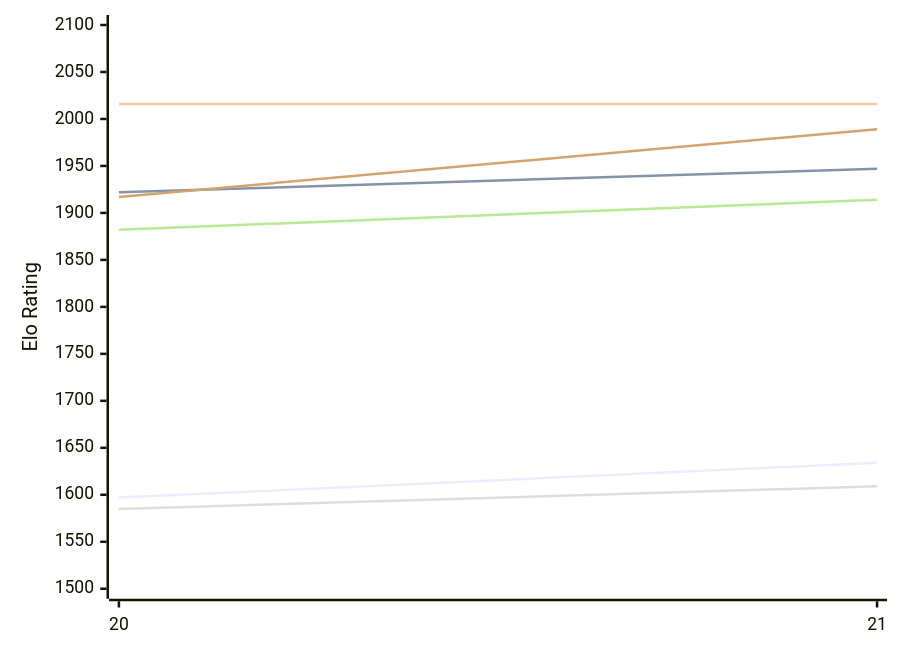
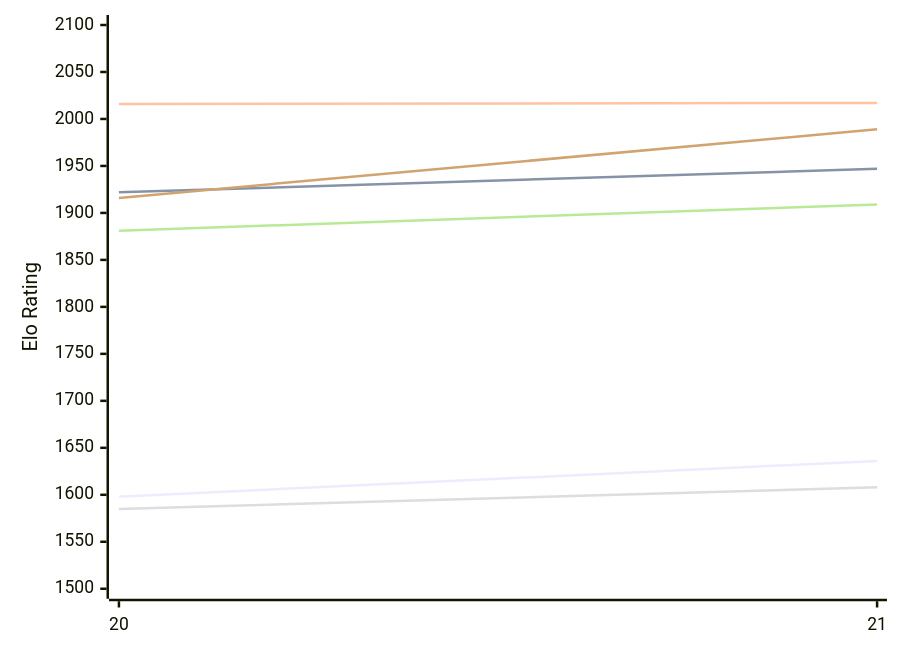
One commit to computer-chess-index/cci changed the first of 2 diagrams in engines/PurplePanda.md. Above: the diagram before and after it, drawn with Mermaid. The commit also changed other lines of this file, not shown here.

Commit message:
Update CCI Ratings (ELO VLTC) - 2026-11-22

````diff
--- a/engines/PurplePanda.md
+++ b/engines/PurplePanda.md
@@ -50,12 +50,12 @@
 ```mermaid
 %%{init: {"theme":"base","themeVariables":{"seriesColors:['#a3a3a3','#222221','#faa371']}}}%%
 xychart-beta
   x-axis ["20", "21"]
   y-axis "Elo Rating" 1500 --> 2100
-  line "E1: STC (8.0+0.08s)" [1597, 1634]
+  line "E1: STC (8.0+0.08s)" [1598, 1636]
   line "E1: LTC (60.0+0.60s)" [1922, 1947]
-  line "E1: VLTC (2m24s+1.12s)" [2016, 2016]
-  line "P1: STC (8.0+0.08s)" [1585, 1609]
-  line "P1: LTC (60.0+0.60s)" [1882, 1914]
-  line "P1: VLTC (2m24s+1.12s)" [1917, 1989]
+  line "E1: VLTC (2m24s+1.12s)" [2016, 2017]
+  line "P1: STC (8.0+0.08s)" [1585, 1608]
+  line "P1: LTC (60.0+0.60s)" [1881, 1909]
+  line "P1: VLTC (2m24s+1.12s)" [1916, 1989]
 ```
````
